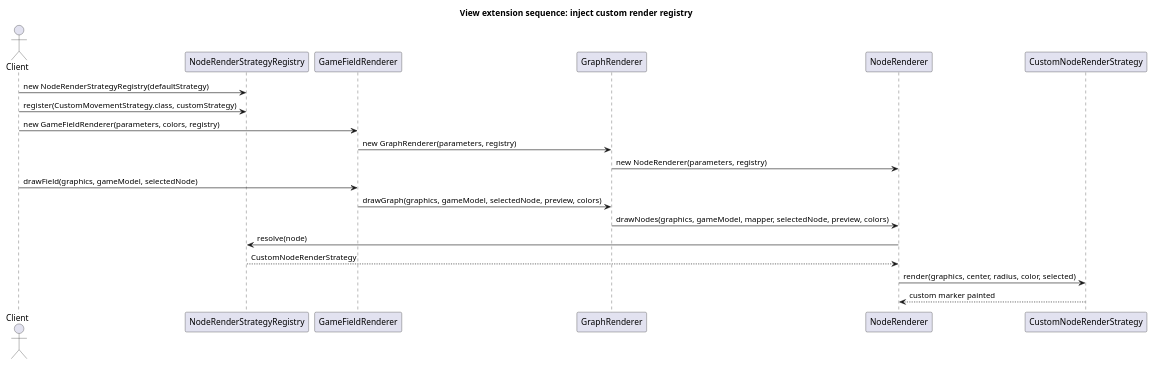
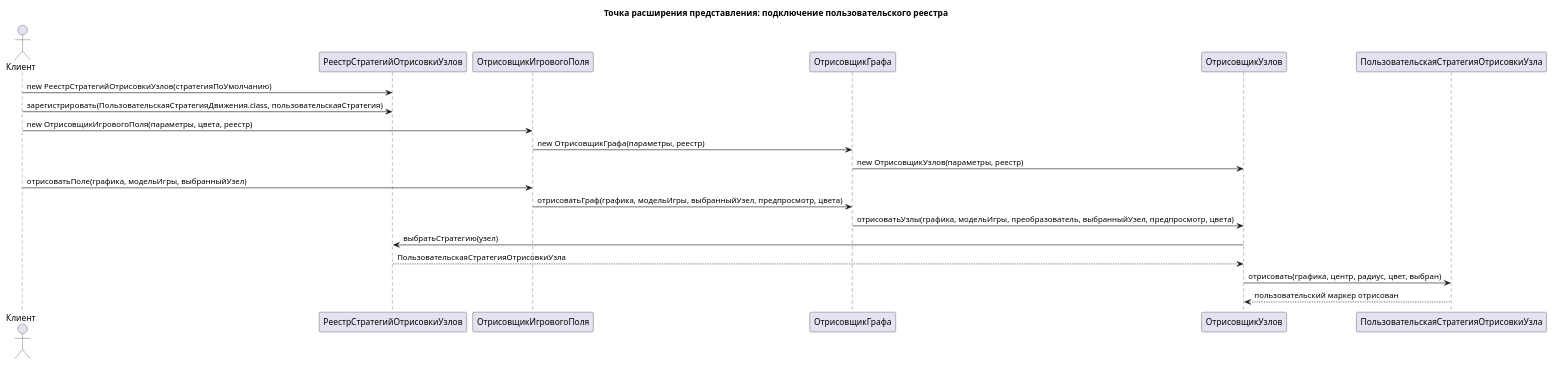
Before and after one commit to dmitriyBreyfogel/Untangle: the diagram in diagrams/Point of extension/View sequence diagrams/04 Inject custom render registry.puml, drawn with PlantUML. The commit also changed 21 other files, not shown here.

Commit message:
[diagrams] Переведены PlantUML диаграммы на русский

```diff
--- a/diagrams/Point of extension/View sequence diagrams/04 Inject custom render registry.puml
+++ b/diagrams/Point of extension/View sequence diagrams/04 Inject custom render registry.puml
@@ -1,24 +1,24 @@
 @startuml
-title View extension sequence: inject custom render registry
+title Точка расширения представления: подключение пользовательского реестра
 
-actor Client
-participant "NodeRenderStrategyRegistry" as Registry
-participant "GameFieldRenderer" as GameFieldRenderer
-participant "GraphRenderer" as GraphRenderer
-participant "NodeRenderer" as NodeRenderer
-participant "CustomNodeRenderStrategy" as CustomStrategy
+actor Клиент
+participant "РеестрСтратегийОтрисовкиУзлов" as Реестр
+participant "ОтрисовщикИгровогоПоля" as ОтрисовщикИгровогоПоля
+participant "ОтрисовщикГрафа" as ОтрисовщикГрафа
+participant "ОтрисовщикУзлов" as ОтрисовщикУзлов
+participant "ПользовательскаяСтратегияОтрисовкиУзла" as ПользовательскаяСтратегия
 
-Client -> Registry : new NodeRenderStrategyRegistry(defaultStrategy)
-Client -> Registry : register(CustomMovementStrategy.class, customStrategy)
-Client -> GameFieldRenderer : new GameFieldRenderer(parameters, colors, registry)
-GameFieldRenderer -> GraphRenderer : new GraphRenderer(parameters, registry)
-GraphRenderer -> NodeRenderer : new NodeRenderer(parameters, registry)
-Client -> GameFieldRenderer : drawField(graphics, gameModel, selectedNode)
-GameFieldRenderer -> GraphRenderer : drawGraph(graphics, gameModel, selectedNode, preview, colors)
-GraphRenderer -> NodeRenderer : drawNodes(graphics, gameModel, mapper, selectedNode, preview, colors)
-NodeRenderer -> Registry : resolve(node)
-Registry --> NodeRenderer : CustomNodeRenderStrategy
-NodeRenderer -> CustomStrategy : render(graphics, center, radius, color, selected)
-CustomStrategy --> NodeRenderer : custom marker painted
+Клиент -> Реестр : new РеестрСтратегийОтрисовкиУзлов(стратегияПоУмолчанию)
+Клиент -> Реестр : зарегистрировать(ПользовательскаяСтратегияДвижения.class, пользовательскаяСтратегия)
+Клиент -> ОтрисовщикИгровогоПоля : new ОтрисовщикИгровогоПоля(параметры, цвета, реестр)
+ОтрисовщикИгровогоПоля -> ОтрисовщикГрафа : new ОтрисовщикГрафа(параметры, реестр)
+ОтрисовщикГрафа -> ОтрисовщикУзлов : new ОтрисовщикУзлов(параметры, реестр)
+Клиент -> ОтрисовщикИгровогоПоля : отрисоватьПоле(графика, модельИгры, выбранныйУзел)
+ОтрисовщикИгровогоПоля -> ОтрисовщикГрафа : отрисоватьГраф(графика, модельИгры, выбранныйУзел, предпросмотр, цвета)
+ОтрисовщикГрафа -> ОтрисовщикУзлов : отрисоватьУзлы(графика, модельИгры, преобразователь, выбранныйУзел, предпросмотр, цвета)
+ОтрисовщикУзлов -> Реестр : выбратьСтратегию(узел)
+Реестр --> ОтрисовщикУзлов : ПользовательскаяСтратегияОтрисовкиУзла
+ОтрисовщикУзлов -> ПользовательскаяСтратегия : отрисовать(графика, центр, радиус, цвет, выбран)
+ПользовательскаяСтратегия --> ОтрисовщикУзлов : пользовательский маркер отрисован
 
 @enduml
```
